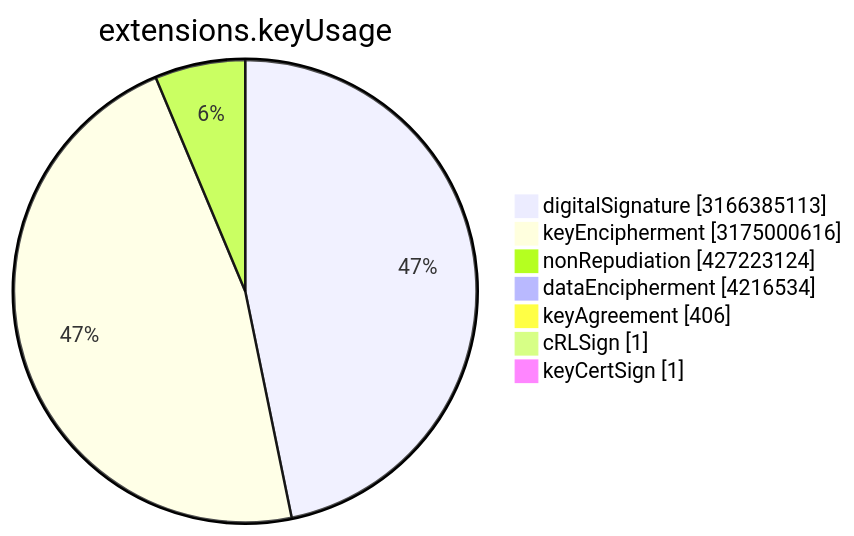
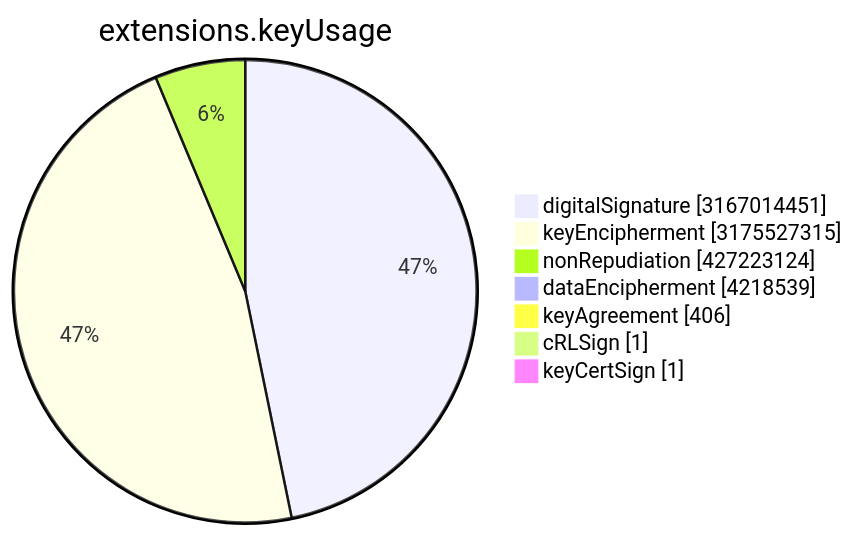
One commit to christiankrug/ctmonitor_visualization changed the sixth of 15 diagrams in TOTAL/README.md. Above: the diagram before and after it, drawn with Mermaid. The commit also changed other lines of this file, not shown here.

````diff
--- a/TOTAL/README.md
+++ b/TOTAL/README.md
@@ -3077,11 +3077,11 @@
 ```mermaid
 pie showData
 title extensions.keyUsage
-"digitalSignature" :3166385113
-"keyEncipherment" :3175000616
+"digitalSignature" :3167014451
+"keyEncipherment" :3175527315
 "nonRepudiation" :427223124
-"dataEncipherment" :4216534
+"dataEncipherment" :4218539
 "keyAgreement" :406
 "cRLSign" :1
 "keyCertSign" :1
 ```
````
